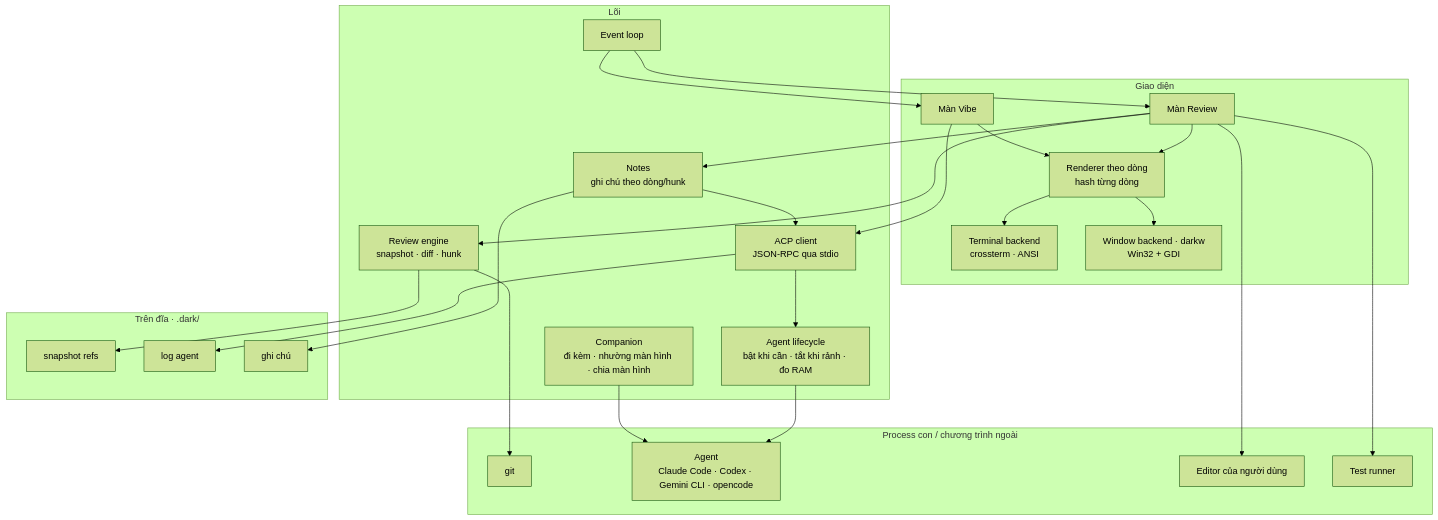
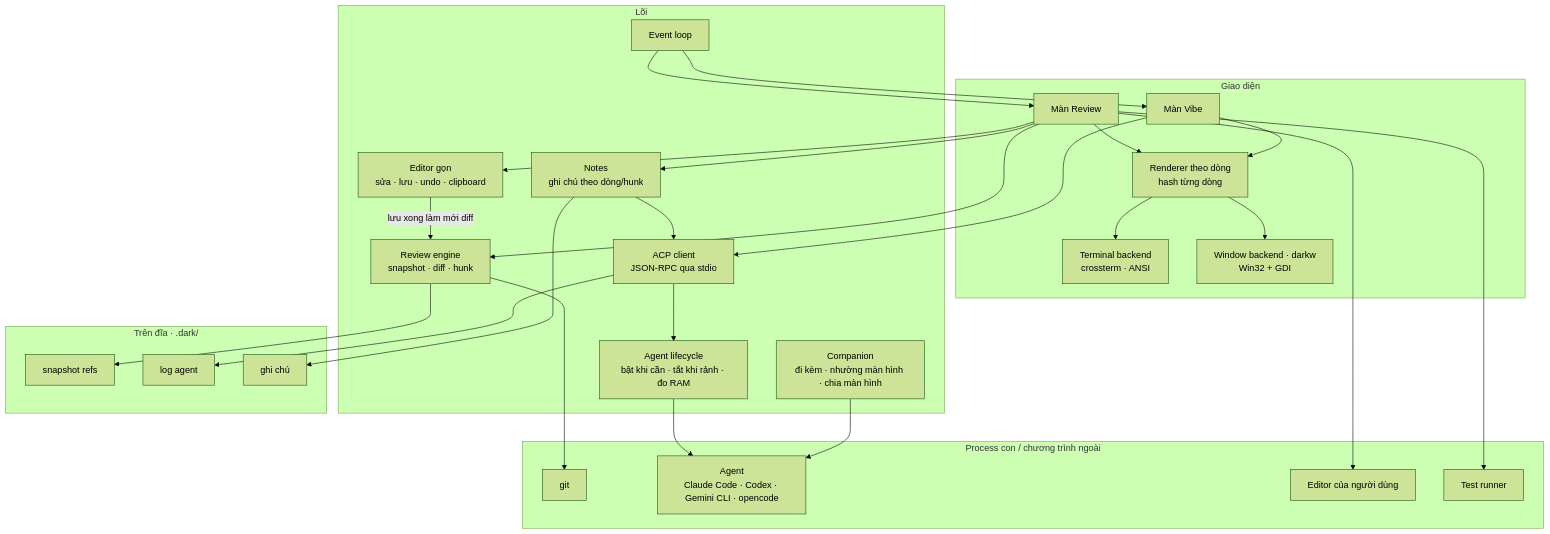
Before and after one commit to lhnhidev/dark: the diagram in docs/ARCHITECTURE.md, drawn with Mermaid (forest theme). The commit also changed other lines of this file and 6 other files, not shown here.

````diff
--- a/docs/ARCHITECTURE.md
+++ b/docs/ARCHITECTURE.md
@@ -42,45 +43,47 @@
 ```mermaid
 flowchart TB
     subgraph FRONT["Giao diện"]
         TB[Terminal backend<br/>crossterm · ANSI]
         WB[Window backend · darkw<br/>Win32 + GDI]
         R[Renderer theo dòng<br/>hash từng dòng]
         S1[Màn Review]
         S2[Màn Vibe]
     end
 
     subgraph CORE["Lõi"]
         EL[Event loop]
         RV[Review engine<br/>snapshot · diff · hunk]
+        EDT[Editor gọn<br/>sửa · lưu · undo · clipboard]
         NT[Notes<br/>ghi chú theo dòng/hunk]
         AC[ACP client<br/>JSON-RPC qua stdio]
         LM[Agent lifecycle<br/>bật khi cần · tắt khi rảnh · đo RAM]
         CM[Companion<br/>đi kèm · nhường màn hình · chia màn hình]
     end
 
     subgraph EXT["Process con / chương trình ngoài"]
         GIT[git]
         AGT[Agent<br/>Claude Code · Codex · Gemini CLI · opencode]
         ED[Editor của người dùng]
         TEST[Test runner]
     end
 
     subgraph DISK["Trên đĩa · .dark/"]
         SNAP[snapshot refs]
         LOG[log agent]
         NOTE[ghi chú]
     end
 
     EL --> S1 & S2
     S1 & S2 --> R --> TB & WB
-    S1 --> RV & NT
+    S1 --> RV & NT & EDT
+    EDT -- lưu xong làm mới diff --> RV
     S2 --> AC
     RV --> GIT
     RV --> SNAP
     NT --> NOTE
     NT --> AC
     AC --> LM --> AGT
     AC --> LOG
     CM --> AGT
     S1 --> ED & TEST
 ```
````
